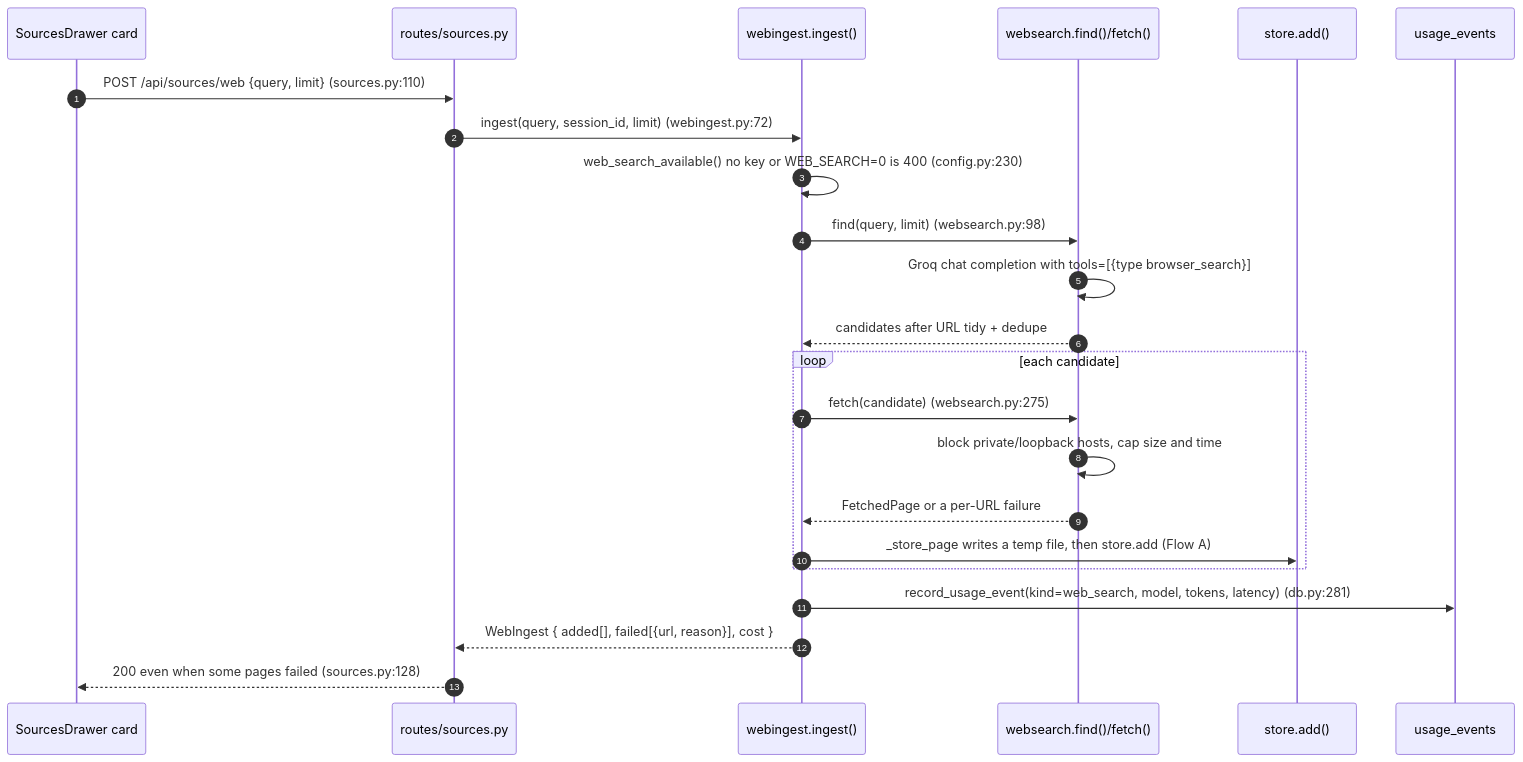
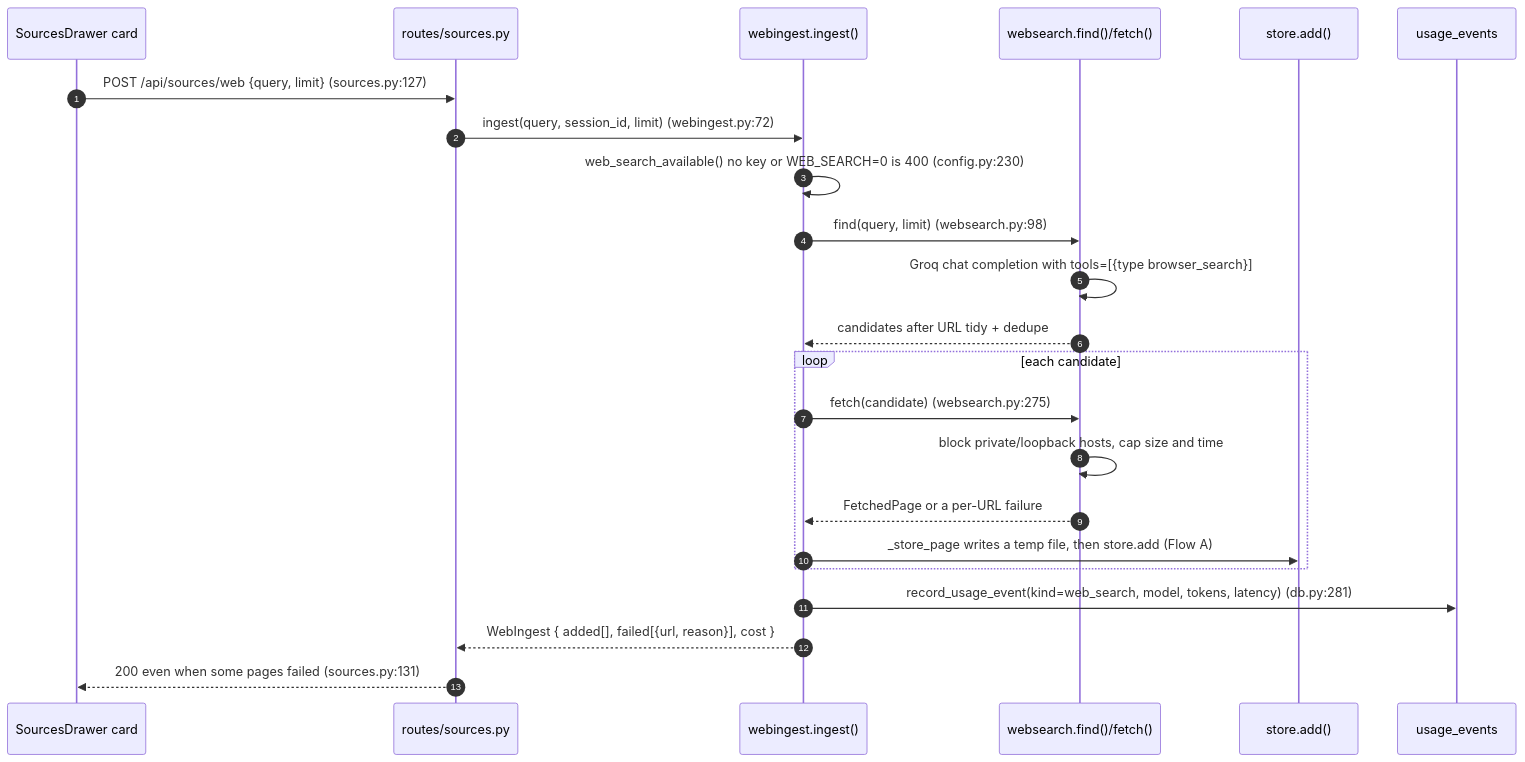
One commit to memoona-zahur/NotebookLM changed the second of 4 diagrams in ARCHITECTURE.md. Above: the diagram before and after it, drawn with Mermaid. The commit also changed other lines of this file and 17 other files, not shown here.

````diff
--- a/ARCHITECTURE.md
+++ b/ARCHITECTURE.md
@@ -125,26 +125,26 @@
 ```mermaid
 sequenceDiagram
     autonumber
     participant UI as SourcesDrawer card
     participant API as routes/sources.py
     participant WI as webingest.ingest()
     participant WS as websearch.find()/fetch()
     participant ST as store.add()
     participant DB as usage_events
 
-    UI->>API: POST /api/sources/web {query, limit} (sources.py:110)
+    UI->>API: POST /api/sources/web {query, limit} (sources.py:127)
     API->>WI: ingest(query, session_id, limit) (webingest.py:72)
     WI->>WI: web_search_available() no key or WEB_SEARCH=0 is 400 (config.py:230)
     WI->>WS: find(query, limit) (websearch.py:98)
     WS->>WS: Groq chat completion with tools=[{type browser_search}]
     WS-->>WI: candidates after URL tidy + dedupe
     loop each candidate
         WI->>WS: fetch(candidate) (websearch.py:275)
         WS->>WS: block private/loopback hosts, cap size and time
         WS-->>WI: FetchedPage or a per-URL failure
         WI->>ST: _store_page writes a temp file, then store.add (Flow A)
     end
     WI->>DB: record_usage_event(kind=web_search, model, tokens, latency) (db.py:281)
     WI-->>API: WebIngest { added[], failed[{url, reason}], cost }
-    API-->>UI: 200 even when some pages failed (sources.py:128)
+    API-->>UI: 200 even when some pages failed (sources.py:131)
 ```
````
